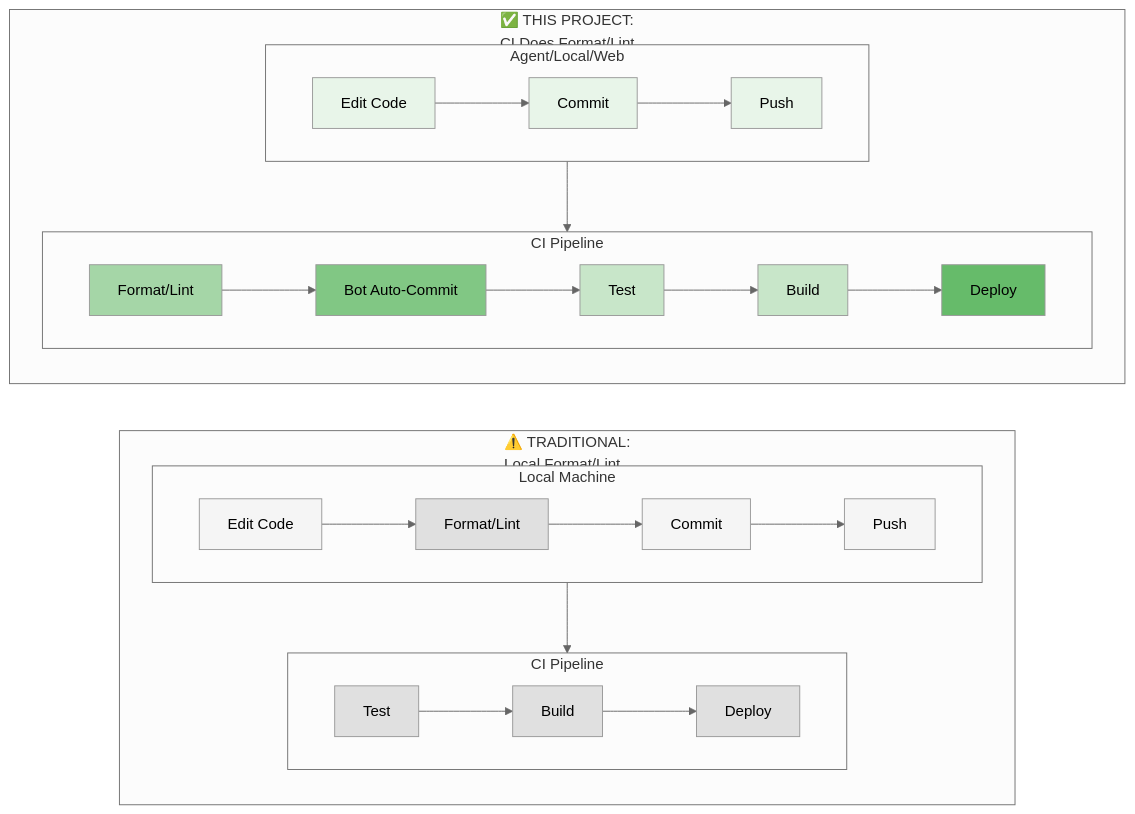
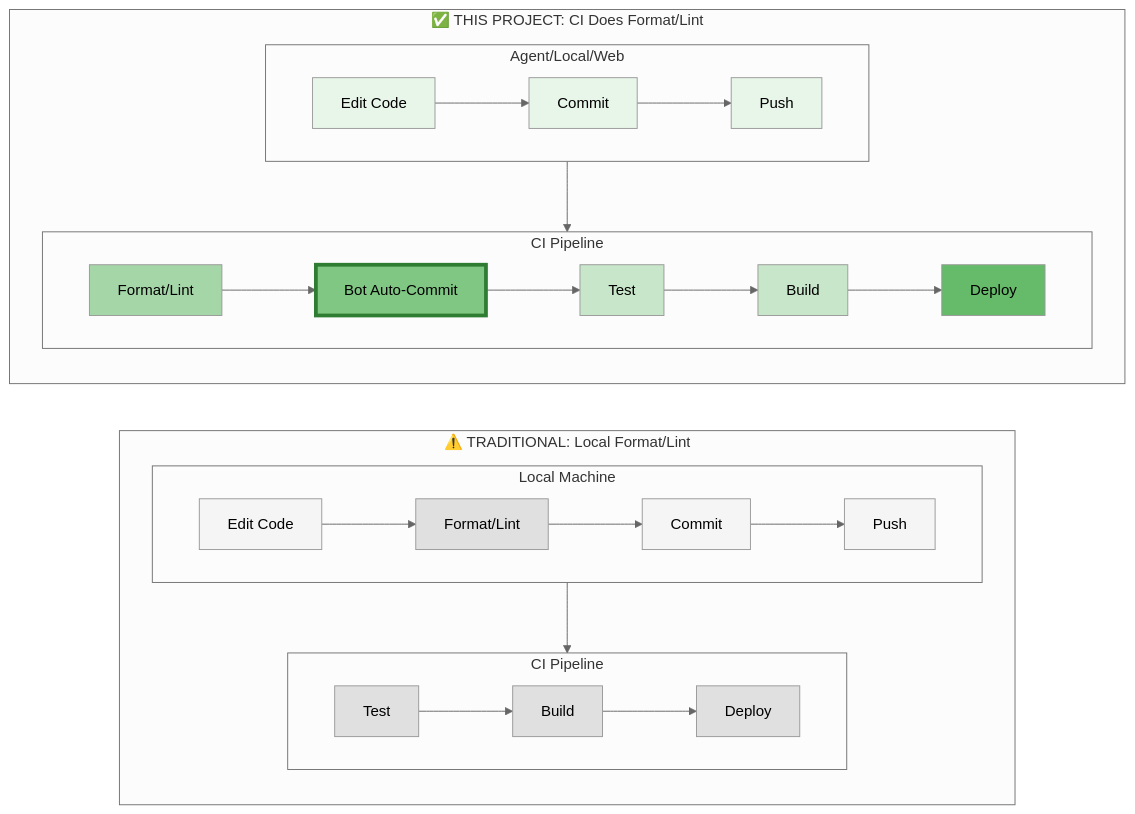
Before and after one commit to borealBytes/startup-blueprint: the first of 6 diagrams in .github/CI_CD_GUIDE.md, drawn with Mermaid (neutral theme).

Commit message:
docs(ci): simplify titles and emphasize bot auto-commit step
Remove line breaks from subgraph titles for cleaner look.
Add thick stroke to Bot Auto-Commit box to highlight unique step.

````diff
--- a/.github/CI_CD_GUIDE.md
+++ b/.github/CI_CD_GUIDE.md
@@ -11,43 +11,43 @@
 ```mermaid
 flowchart TB
-    subgraph new ["✅ THIS PROJECT:<br/>CI Does Format/Lint"]
+    subgraph new ["✅ THIS PROJECT: CI Does Format/Lint"]
         direction TB
         subgraph agent ["Agent/Local/Web"]
             B1[Edit Code] --> B2[Commit] --> B3[Push]
         end
         subgraph ci_new ["CI Pipeline"]
             B4[Format/Lint] --> B5[Bot Auto-Commit] --> B6[Test] --> B7[Build] --> B8[Deploy]
         end
         agent --> ci_new
     end
 
-    subgraph old ["⚠️ TRADITIONAL:<br/>Local Format/Lint"]
+    subgraph old ["⚠️ TRADITIONAL: Local Format/Lint"]
         direction TB
         subgraph local ["Local Machine"]
             A1[Edit Code] --> A2[Format/Lint] --> A3[Commit] --> A4[Push]
         end
         subgraph ci_old ["CI Pipeline"]
             A5[Test] --> A6[Build] --> A7[Deploy]
         end
         local --> ci_old
     end
 
     new ~~~ old
 
     style B1 fill:#e8f5e9
     style B2 fill:#e8f5e9
     style B3 fill:#e8f5e9
     style B4 fill:#a5d6a7
-    style B5 fill:#81c784
+    style B5 fill:#81c784,stroke:#2e7d32,stroke-width:4px
     style B6 fill:#c8e6c9
     style B7 fill:#c8e6c9
     style B8 fill:#66bb6a
 
     style A1 fill:#f5f5f5
     style A2 fill:#e0e0e0
     style A3 fill:#f5f5f5
     style A4 fill:#f5f5f5
     style A5 fill:#e0e0e0
     style A6 fill:#e0e0e0
     style A7 fill:#e0e0e0
 ```
````
